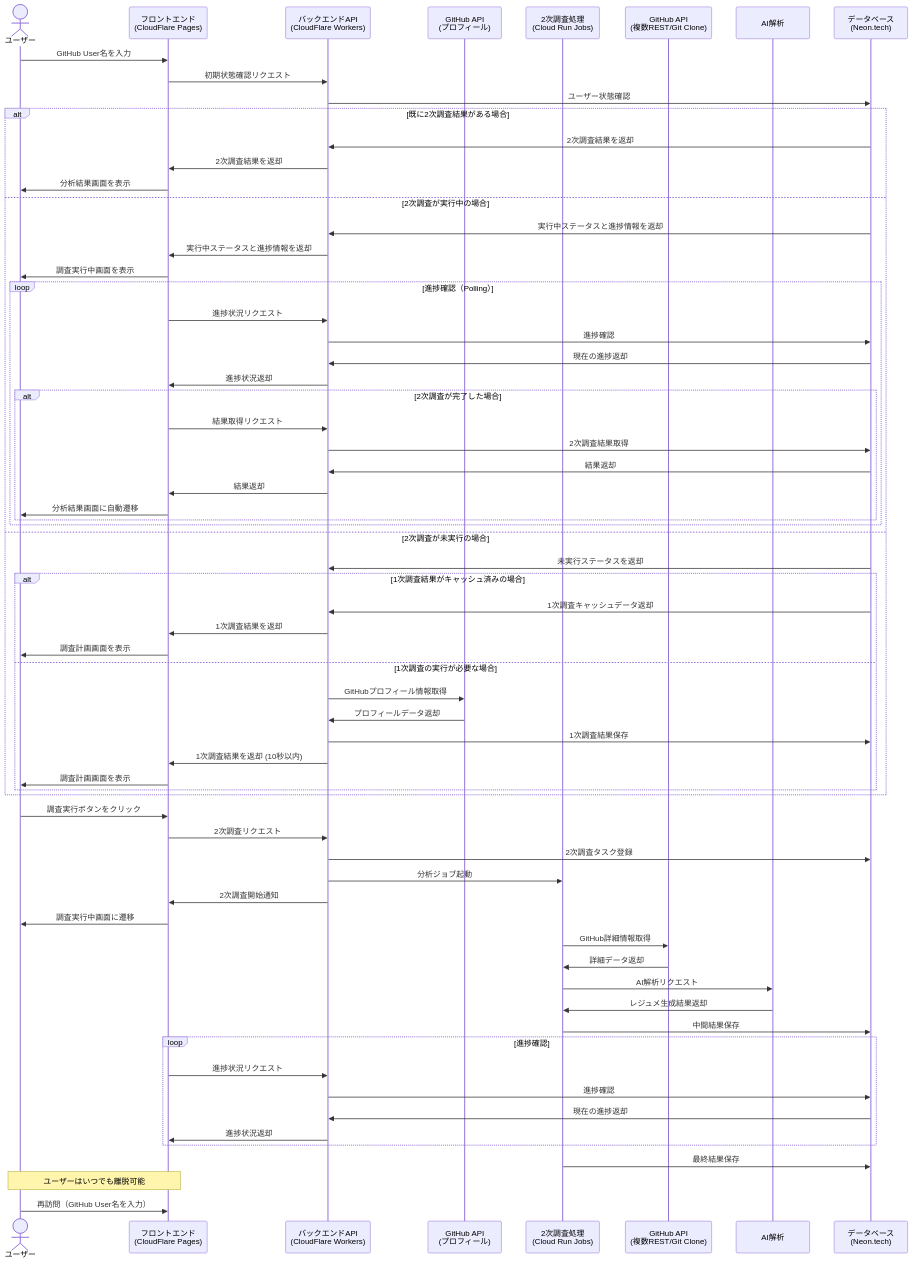
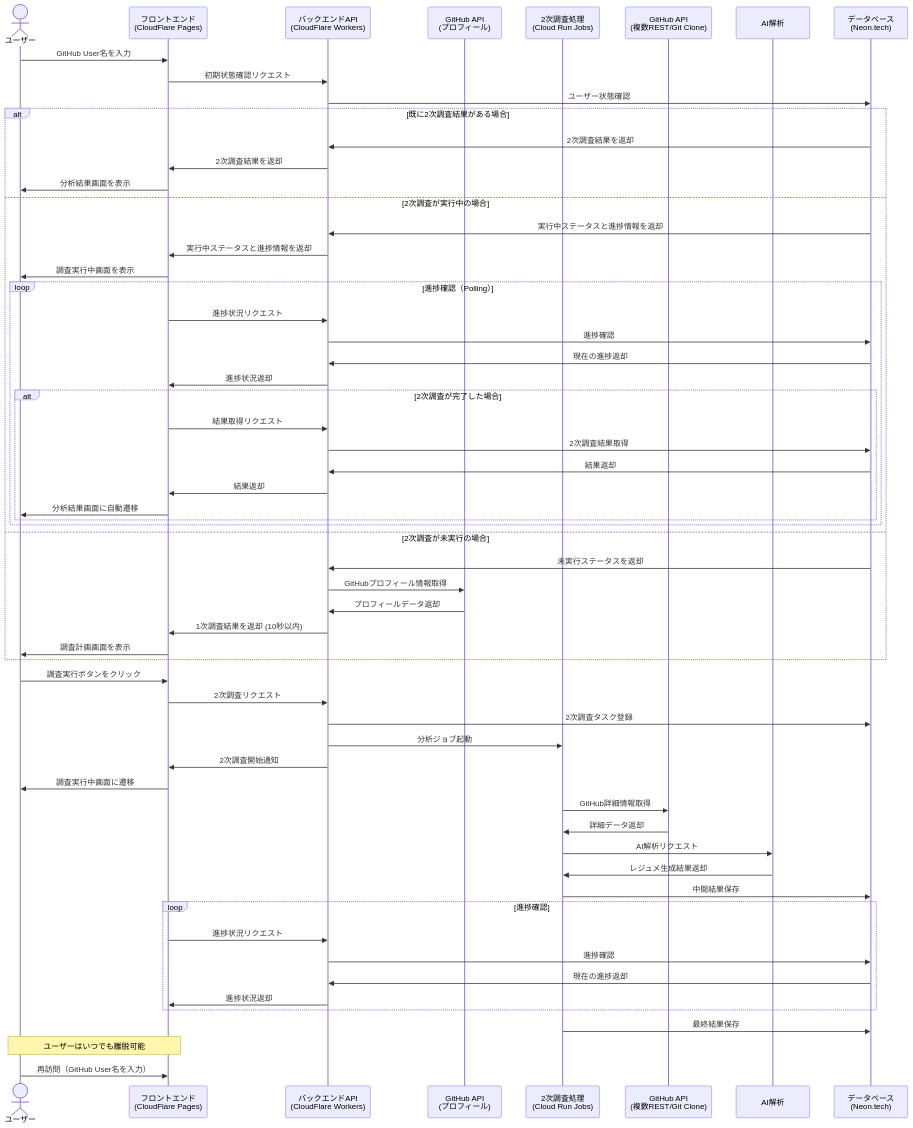
One commit to ToyB0x/git-resume changed the diagram in docs/epic/deep-research-architecture-and-design/README.md. Above: the diagram before and after it, drawn with Mermaid. The commit also changed other lines of this file, not shown here.

```diff
--- a/docs/epic/deep-research-architecture-and-design/README.md
+++ b/docs/epic/deep-research-architecture-and-design/README.md
@@ -130,18 +135,11 @@
     else 2次調査が未実行の場合
         DB->>BE: 未実行ステータスを返却
         
-        alt 1次調査結果がキャッシュ済みの場合
-            DB->>BE: 1次調査キャッシュデータ返却
-            BE->>FE: 1次調査結果を返却
-            FE->>User: 調査計画画面を表示
-            
-        else 1次調査の実行が必要な場合
-            BE->>GH1: GitHubプロフィール情報取得
-            GH1->>BE: プロフィールデータ返却
-            BE->>DB: 1次調査結果保存
-            BE->>FE: 1次調査結果を返却 (10秒以内)
-            FE->>User: 調査計画画面を表示
-        end
+        %% 1次調査は常に実行（キャッシュなし）
+        BE->>GH1: GitHubプロフィール情報取得
+        GH1->>BE: プロフィールデータ返却
+        BE->>FE: 1次調査結果を返却 (10秒以内)
+        FE->>User: 調査計画画面を表示
     end
     
     %% 2次調査の開始
```
